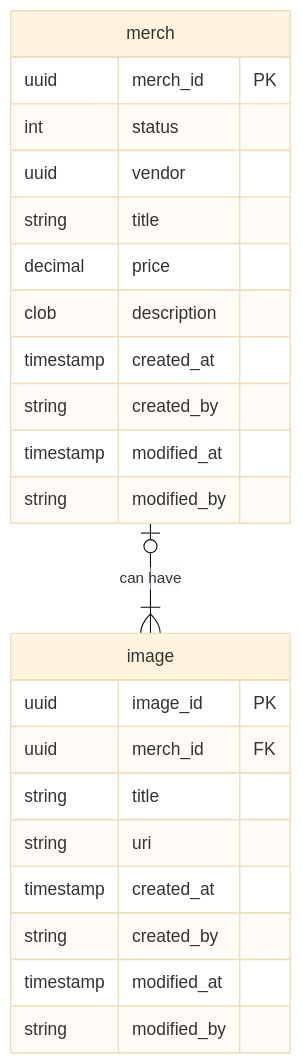
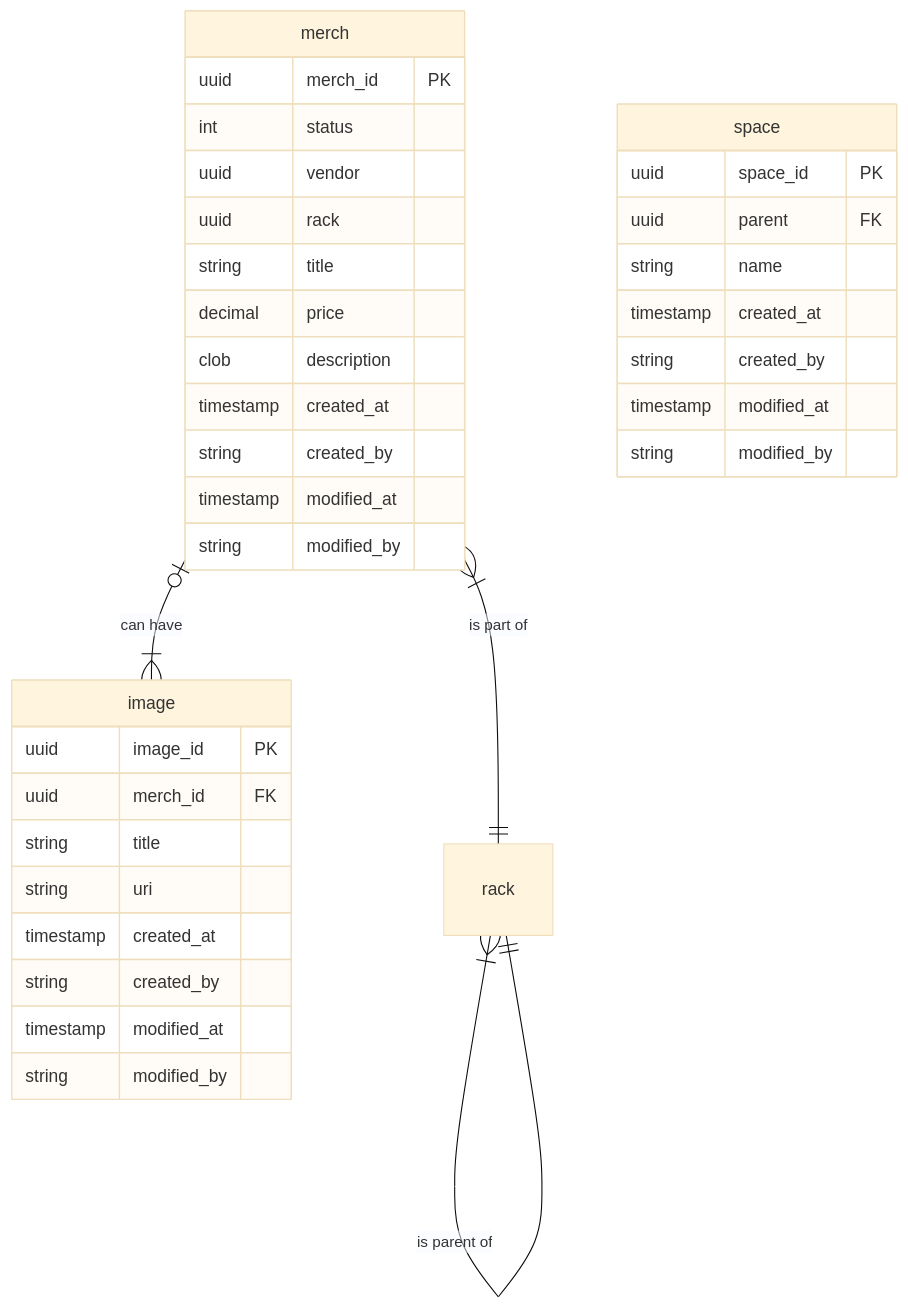
One commit to deanorhan/merch-rack-legacy changed the diagram in spec/merch-db.md. Above: the diagram before and after it, drawn with Mermaid (base theme).

Commit message:
added rack space

````diff
--- a/spec/merch-db.md
+++ b/spec/merch-db.md
@@ -1,26 +1,41 @@
 ```mermaid
 erDiagram
+  %% Tables
   merch {
     uuid merch_id PK
     int status
     uuid vendor
+    uuid rack
     string title
     decimal price
     clob description
     timestamp created_at
     string created_by
     timestamp modified_at
     string modified_by
   }
   image {
     uuid image_id PK
     uuid merch_id FK
     string title
     string uri
     timestamp created_at
     string created_by
     timestamp modified_at
     string modified_by
   }
+  space {
+    uuid space_id PK
+    uuid parent FK
+    string name
+    timestamp created_at
+    string created_by
+    timestamp modified_at
+    string modified_by
+  }
+
+  %% Relations
   merch |o--|{ image : "can have"
+  merch }|--|| rack : "is part of"
+  rack }|--|| rack : "is parent of"
 ```
````
